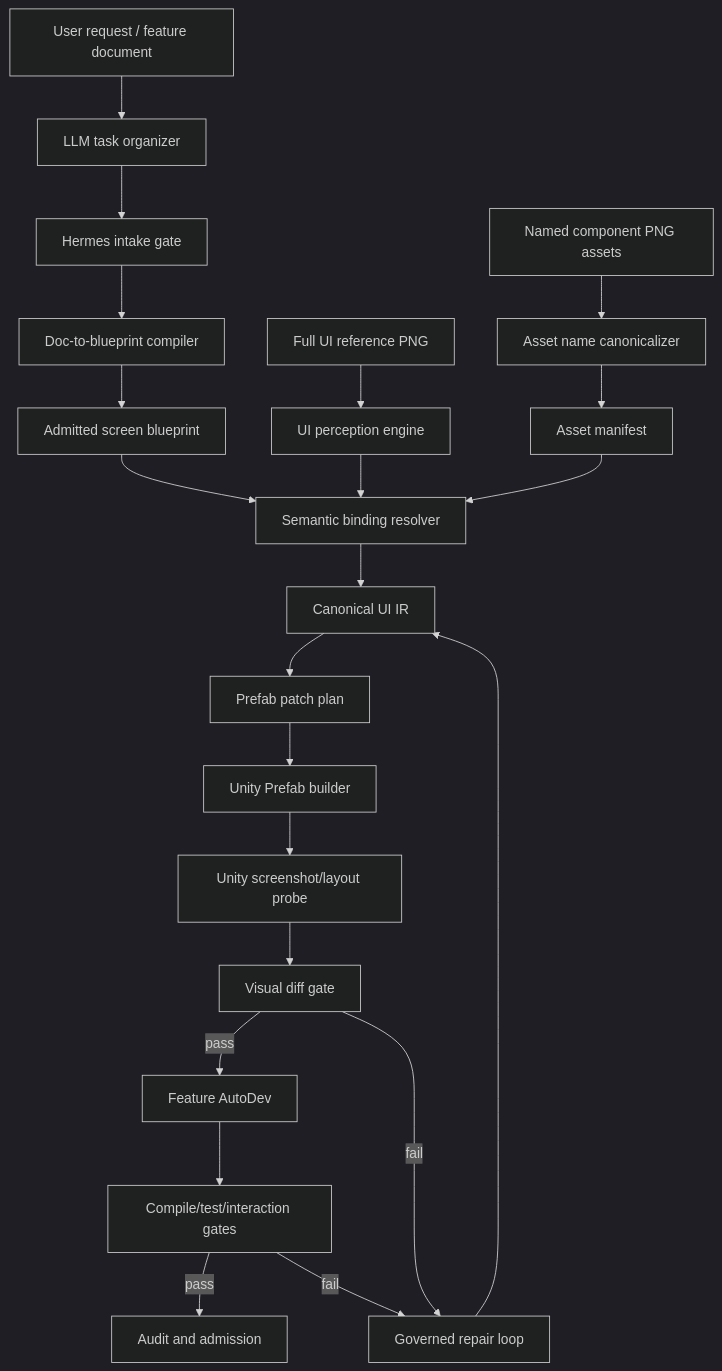
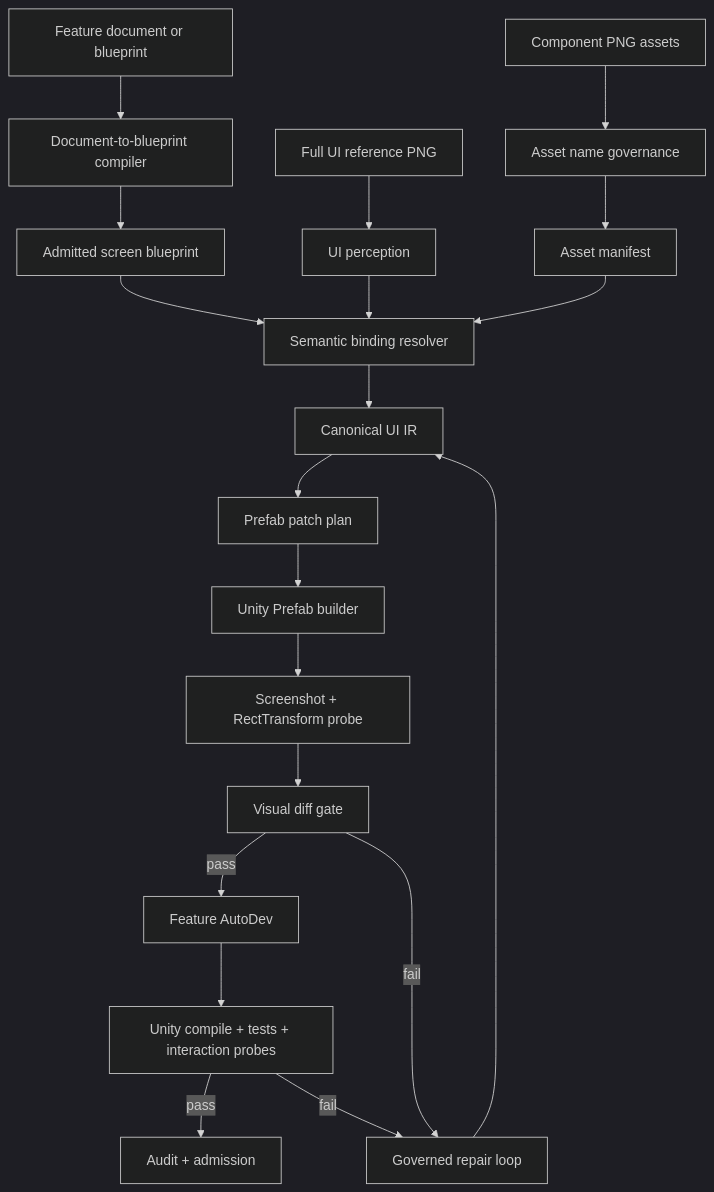
The diagram in README.md (AloysChenCKC/Hermes-Unity-UI-AutoDev-Skill), drawn with Mermaid (dark theme) before and after one commit. The commit also changed other lines of this file and 2 other files, not shown here.

Commit message:
Restructure docs with feature workflows

````diff
--- a/README.md
+++ b/README.md
@@ -51,29 +63,27 @@
 ```mermaid
 flowchart TD
-    A["User request / feature document"] --> B["LLM task organizer"]
-    B --> C["Hermes intake gate"]
-    C --> D["Doc-to-blueprint compiler"]
-    D --> E["Admitted screen blueprint"]
+    A["Feature document or blueprint"] --> B["Document-to-blueprint compiler"]
+    B --> C["Admitted screen blueprint"]
 
-    F["Full UI reference PNG"] --> G["UI perception engine"]
-    H["Named component PNG assets"] --> I["Asset name canonicalizer"]
-    I --> J["Asset manifest"]
+    D["Full UI reference PNG"] --> E["UI perception"]
+    F["Component PNG assets"] --> G["Asset name governance"]
+    G --> H["Asset manifest"]
 
-    E --> K["Semantic binding resolver"]
-    G --> K
-    J --> K
+    C --> I["Semantic binding resolver"]
+    E --> I
+    H --> I
 
-    K --> L["Canonical UI IR"]
-    L --> M["Prefab patch plan"]
-    M --> N["Unity Prefab builder"]
-    N --> O["Unity screenshot/layout probe"]
-    O --> P["Visual diff gate"]
+    I --> J["Canonical UI IR"]
+    J --> K["Prefab patch plan"]
+    K --> L["Unity Prefab builder"]
+    L --> M["Screenshot + RectTransform probe"]
+    M --> N["Visual diff gate"]
 
-    P -->|pass| Q["Feature AutoDev"]
-    P -->|fail| R["Governed repair loop"]
-    R --> L
+    N -->|pass| O["Feature AutoDev"]
+    N -->|fail| P["Governed repair loop"]
+    P --> J
 
-    Q --> S["Compile/test/interaction gates"]
-    S -->|pass| T["Audit and admission"]
-    S -->|fail| R
+    O --> Q["Unity compile + tests + interaction probes"]
+    Q -->|pass| R["Audit + admission"]
+    Q -->|fail| P
 ```
````
